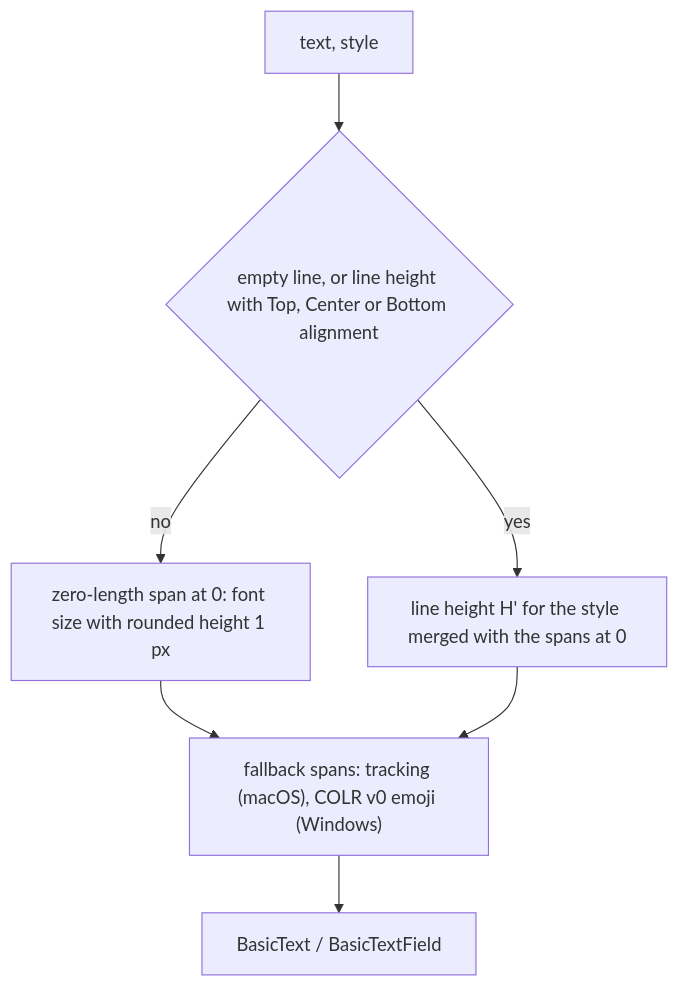
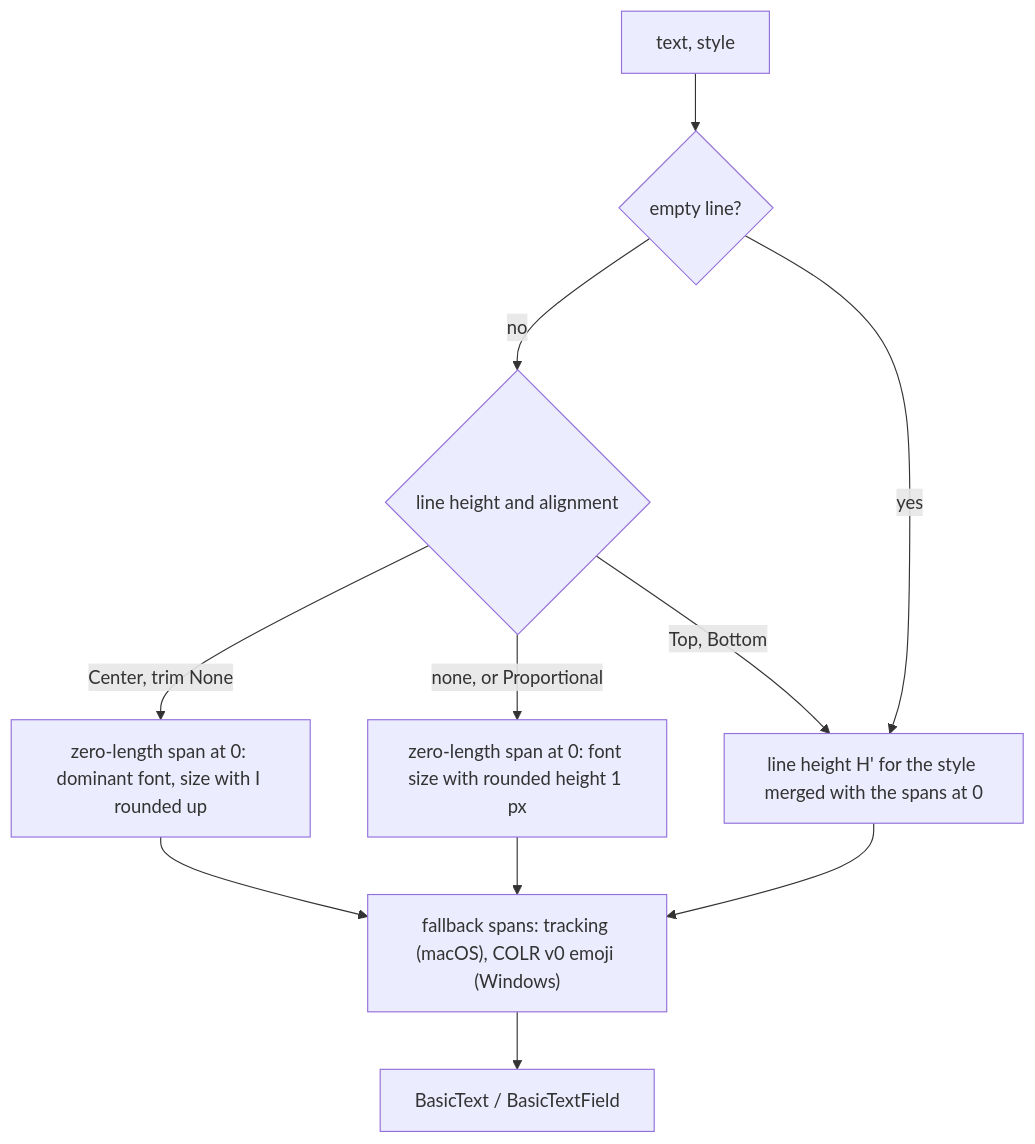
One commit to simplex-chat/simplex-chat changed the diagram in plans/2026-11-13-linux-fallback-font-crash.md. Above: the diagram before and after it, drawn with Mermaid. The commit also changed other lines of this file, not shown here.

Commit message:
plans: text layout rules on Skia m138

````diff
--- a/plans/2026-11-13-linux-fallback-font-crash.md
+++ b/plans/2026-11-13-linux-fallback-font-crash.md
@@ -41,9 +41,13 @@
 ```mermaid
 flowchart TD
-  T["text, style"] --> E{"empty line, or line height with Top, Center or Bottom alignment"}
-  E -- no --> M["zero-length span at 0: font size with rounded height 1 px"]
+  T["text, style"] --> E{"empty line?"}
+  E -- no --> A{"line height and alignment"}
+  A -- "none, or Proportional" --> M["zero-length span at 0: font size with rounded height 1 px"]
+  A -- "Center, trim None" --> D["zero-length span at 0: dominant font, size with I rounded up"]
+  A -- "Top, Bottom" --> C
   E -- yes --> C["line height H' for the style merged with the spans at 0"]
+  D --> F
   M --> F["fallback spans: tracking (macOS), COLR v0 emoji (Windows)"]
   C --> F
   F --> B["BasicText / BasicTextField"]
 ```
````
